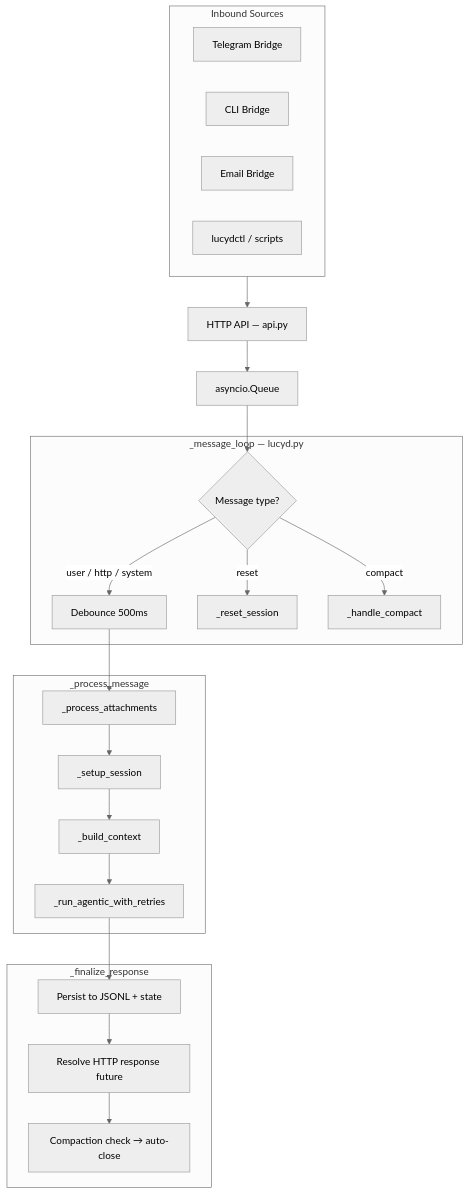
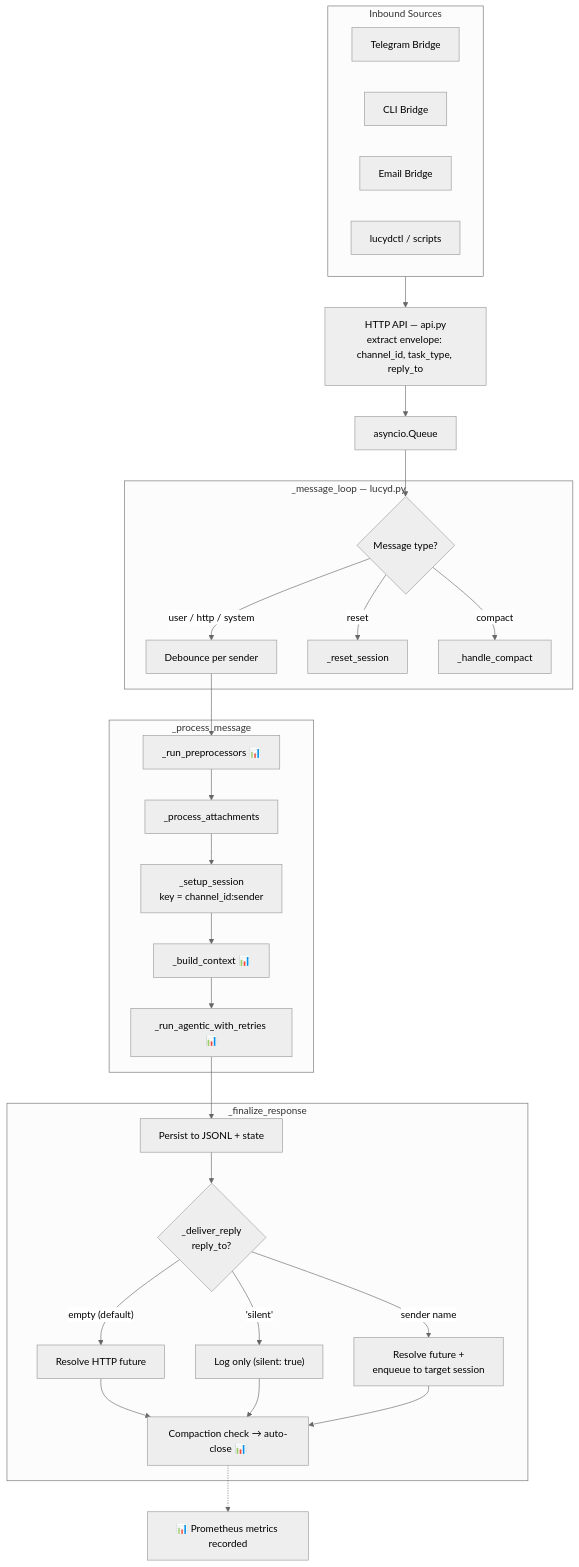
The first of 10 diagrams in docs/diagrams.md (nicolasforstinger/lucyd), drawn with Mermaid (neutral theme) before and after one commit. The commit also changed other lines of this file, not shown here.

Commit message:
Update architecture diagrams for current pipeline
Diagram 1 (Message Lifecycle):
- Add _run_preprocessors step between debounce and _process_attachments
- Add envelope extraction (channel_id, task_type, reply_to) at API layer
- Show _deliver_reply 3-way routing: default, silent, redirect
- Mark Prometheus observation points with 📊
- Show session keying as channel_id:sender

Diagram 3 (Context Building): source framing → task-type framing
Diagram 7 (Tool System): remove channel from DI, add preprocessors
Diagram 10 (Startup): fix init order to match run(), remove stale
  context budget step, add preprocessors to tool registration

````diff
--- a/docs/diagrams.md
+++ b/docs/diagrams.md
@@ -11,40 +11,50 @@
 ```mermaid
 flowchart TD
     subgraph Sources["Inbound Sources"]
         TG["Telegram Bridge"]
         CLI["CLI Bridge"]
         EMAIL["Email Bridge"]
         CTL["lucydctl / scripts"]
     end
 
-    HTTP["HTTP API — api.py"]
+    HTTP["HTTP API — api.py<br/>extract envelope: channel_id, task_type, reply_to"]
     Q["asyncio.Queue"]
 
     subgraph Loop["_message_loop — lucyd.py"]
         TYPE{"Message type?"}
-        DEB["Debounce 500ms"]
+        DEB["Debounce per sender"]
         RESET["_reset_session"]
         COMPACT["_handle_compact"]
     end
 
     subgraph Process["_process_message"]
+        PREPROC["_run_preprocessors 📊"]
         ATTACH["_process_attachments"]
-        SETUP["_setup_session"]
-        BUILD["_build_context"]
-        RUN["_run_agentic_with_retries"]
+        SETUP["_setup_session<br/>key = channel_id:sender"]
+        BUILD["_build_context 📊"]
+        RUN["_run_agentic_with_retries 📊"]
     end
 
     subgraph Finalize["_finalize_response"]
         PERSIST["Persist to JSONL + state"]
-        DELIVER["Resolve HTTP response future"]
-        POST_HOOKS["Compaction check → auto-close"]
+        DELIVER{"_deliver_reply<br/>reply_to?"}
+        DEFAULT["Resolve HTTP future"]
+        SILENT["Log only (silent: true)"]
+        REDIRECT["Resolve future +<br/>enqueue to target session"]
+        POST_HOOKS["Compaction check → auto-close 📊"]
     end
+
+    METRICS["📊 Prometheus metrics recorded"]
 
     Sources --> HTTP --> Q --> TYPE
     TYPE -->|"user / http / system"| DEB
     TYPE -->|reset| RESET
     TYPE -->|compact| COMPACT
 
-    DEB --> ATTACH --> SETUP --> BUILD --> RUN
-    RUN --> PERSIST --> DELIVER --> POST_HOOKS
+    DEB --> PREPROC --> ATTACH --> SETUP --> BUILD --> RUN
+    RUN --> PERSIST --> DELIVER
+    DELIVER -->|"empty (default)"| DEFAULT --> POST_HOOKS
+    DELIVER -->|"'silent'"| SILENT --> POST_HOOKS
+    DELIVER -->|"sender name"| REDIRECT --> POST_HOOKS
+    POST_HOOKS -.-> METRICS
 ```
````
